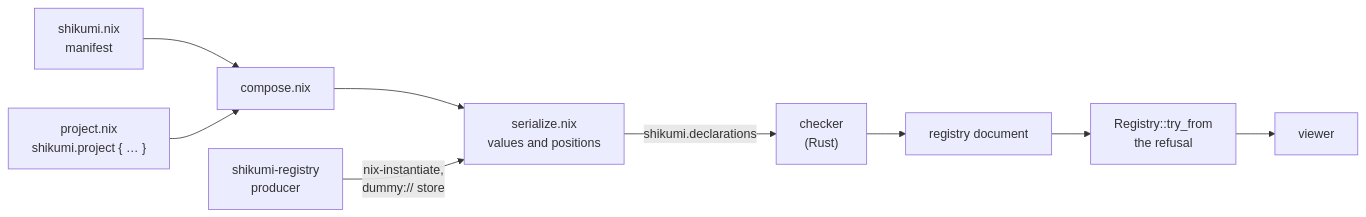
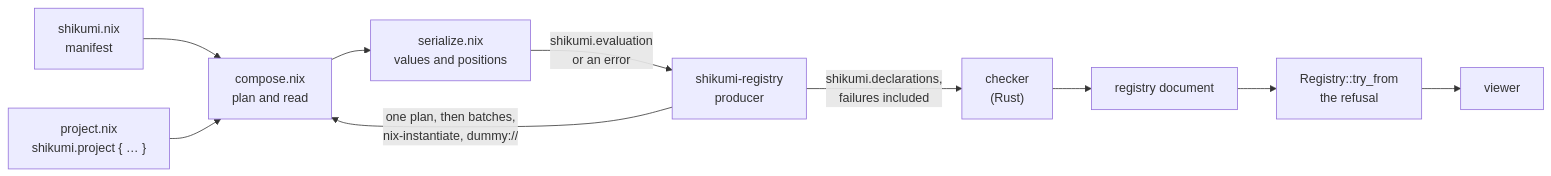
The second of 2 diagrams in docs/explanation/architecture.md (feltfomo/shikumi), drawn with Mermaid before and after one commit. The commit also changed other lines of this file and 1 other file, not shown here.

First line of the commit message:
docs: describe isolated evaluation and readable evaluation failures

````diff
--- a/docs/explanation/architecture.md
+++ b/docs/explanation/architecture.md
@@ -48,11 +48,12 @@
 ```mermaid
 graph LR
-  manifest["shikumi.nix<br/>manifest"] --> compose["compose.nix"]
+  manifest["shikumi.nix<br/>manifest"] --> compose["compose.nix<br/>plan and read"]
   decl["project.nix<br/>shikumi.project { … }"] --> compose
   compose --> serialize["serialize.nix<br/>values and positions"]
-  produce["shikumi-registry<br/>producer"] -->|"nix-instantiate,<br/>dummy:// store"| serialize
-  serialize -->|"shikumi.declarations"| checker["checker<br/>(Rust)"]
+  produce["shikumi-registry<br/>producer"] -->|"one plan, then batches,<br/>nix-instantiate, dummy://"| compose
+  serialize -->|"shikumi.evaluation<br/>or an error"| produce
+  produce -->|"shikumi.declarations,<br/>failures included"| checker["checker<br/>(Rust)"]
   checker --> doc["registry document"]
   doc --> refusal["Registry::try_from<br/>the refusal"]
   refusal --> viewer["viewer"]
 ```
````
